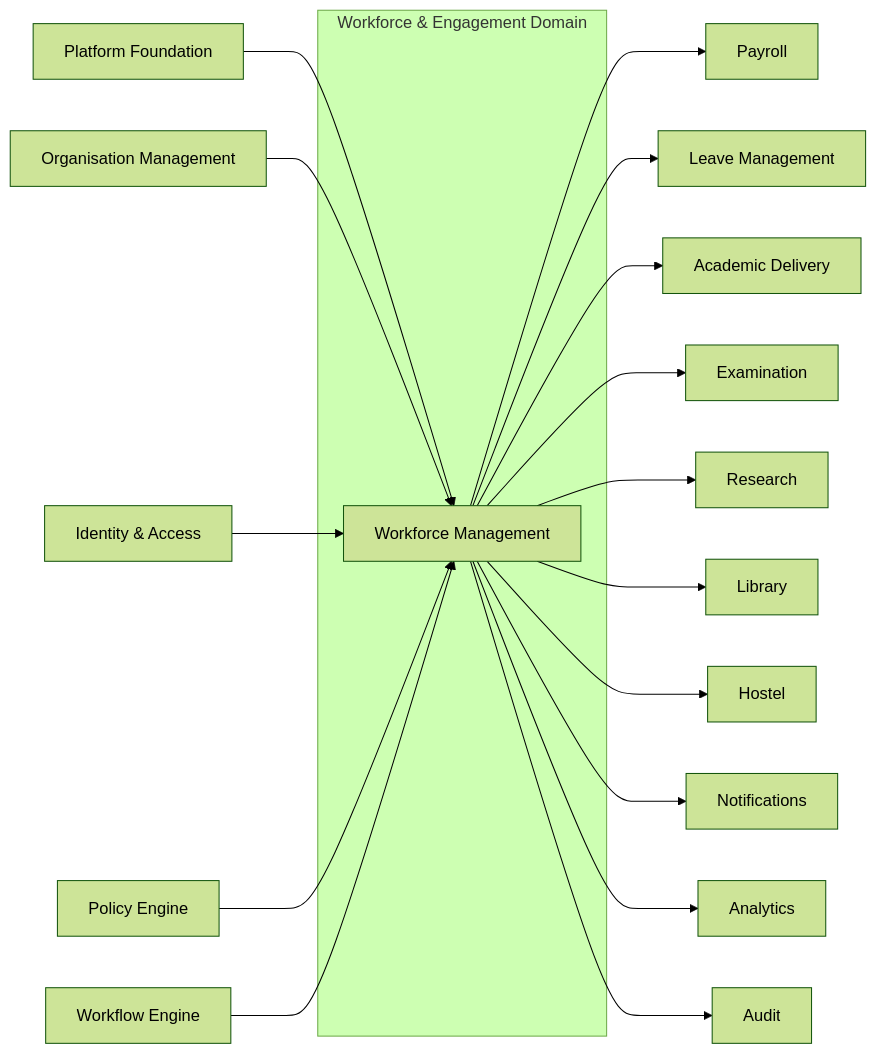
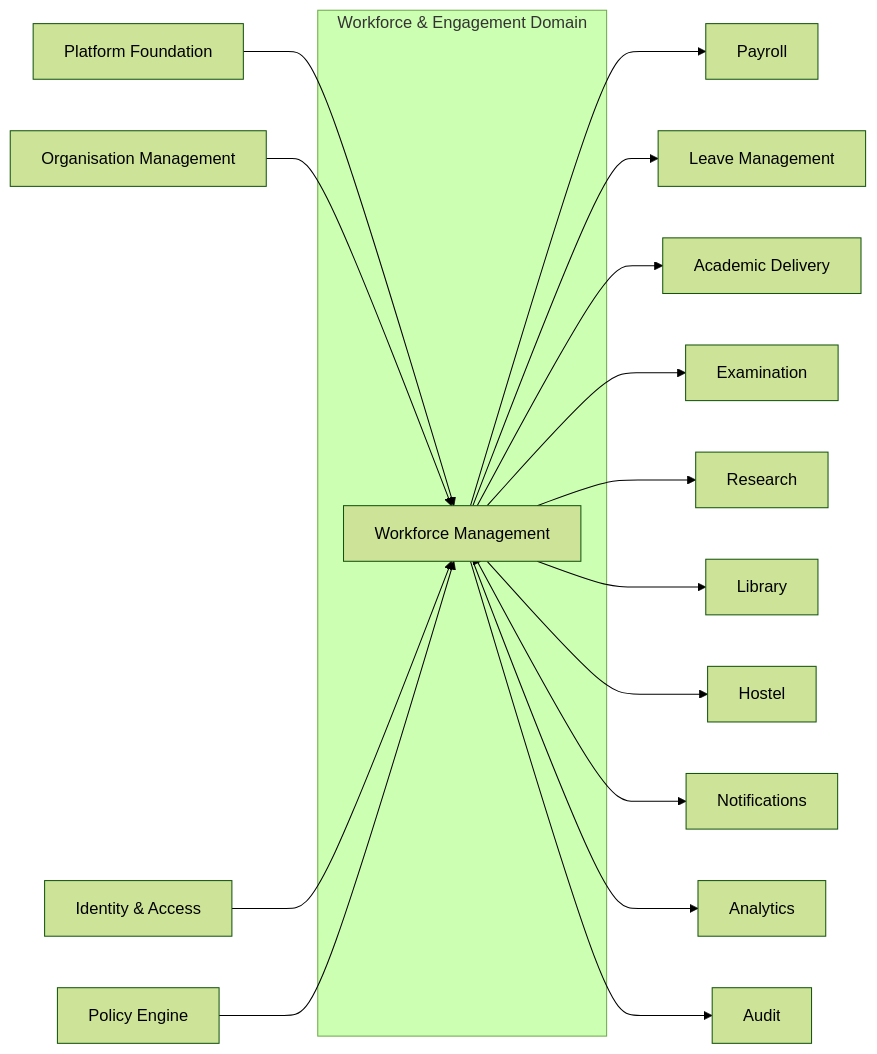
The first of 9 diagrams in architecture/L2_Domain_Workflow_Architecture/section-e/L2-E01_Workforce_and_Engagement_Workflows.md (Varad1604/ERP_hark), drawn with Mermaid (forest theme) before and after one commit. The commit also changed other lines of this file and 94 other files, not shown here.

````diff
--- a/architecture/L2_Domain_Workflow_Architecture/section-e/L2-E01_Workforce_and_Engagement_Workflows.md
+++ b/architecture/L2_Domain_Workflow_Architecture/section-e/L2-E01_Workforce_and_Engagement_Workflows.md
@@ -6721,41 +6721,41 @@
 ```mermaid
 flowchart LR
 
 PF[Platform Foundation]
 ORG[Organisation Management]
 IAM[Identity & Access]
 POL[Policy Engine]
 WFE[Workflow Engine]
 
-subgraph WMS["Workforce & Engagement Domain"]
+subgraph WFE["Workforce & Engagement Domain"]
 WF[Workforce Management]
 end
 
 PAY[Payroll]
 LEAVE[Leave Management]
 ACA[Academic Delivery]
 EXAM[Examination]
 RES[Research]
 LIB[Library]
 HOSTEL[Hostel]
 NOTIFY[Notifications]
 ANALYTICS[Analytics]
 AUDIT[Audit]
 
 PF --> WF
 ORG --> WF
 IAM --> WF
 POL --> WF
 WFE --> WF
 
 WF --> PAY
 WF --> LEAVE
 WF --> ACA
 WF --> EXAM
 WF --> RES
 WF --> LIB
 WF --> HOSTEL
 WF --> NOTIFY
 WF --> ANALYTICS
 WF --> AUDIT
 ```
````
